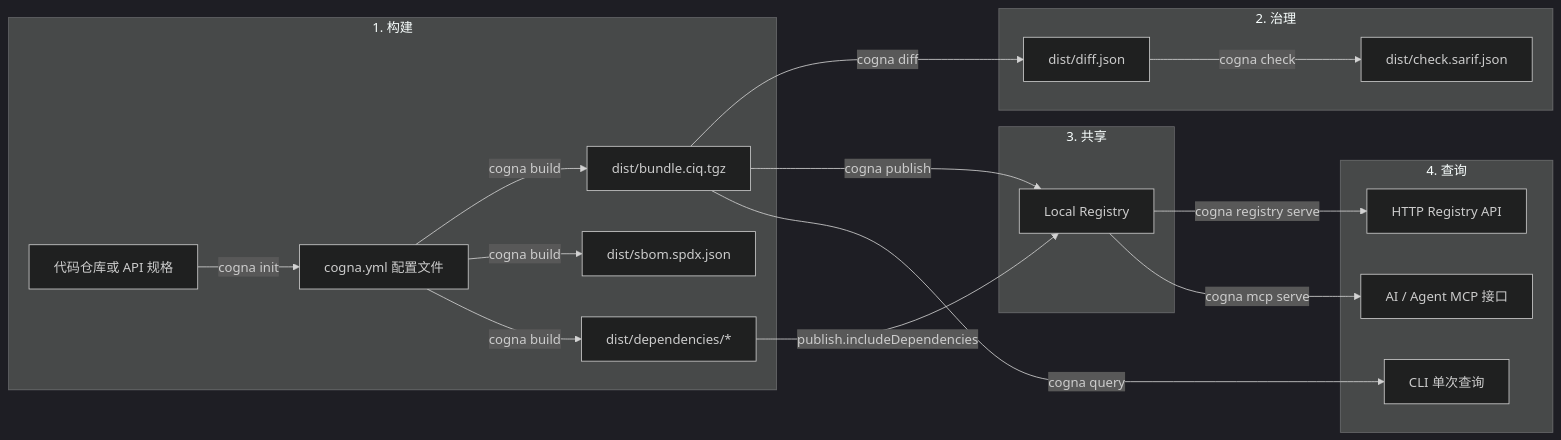
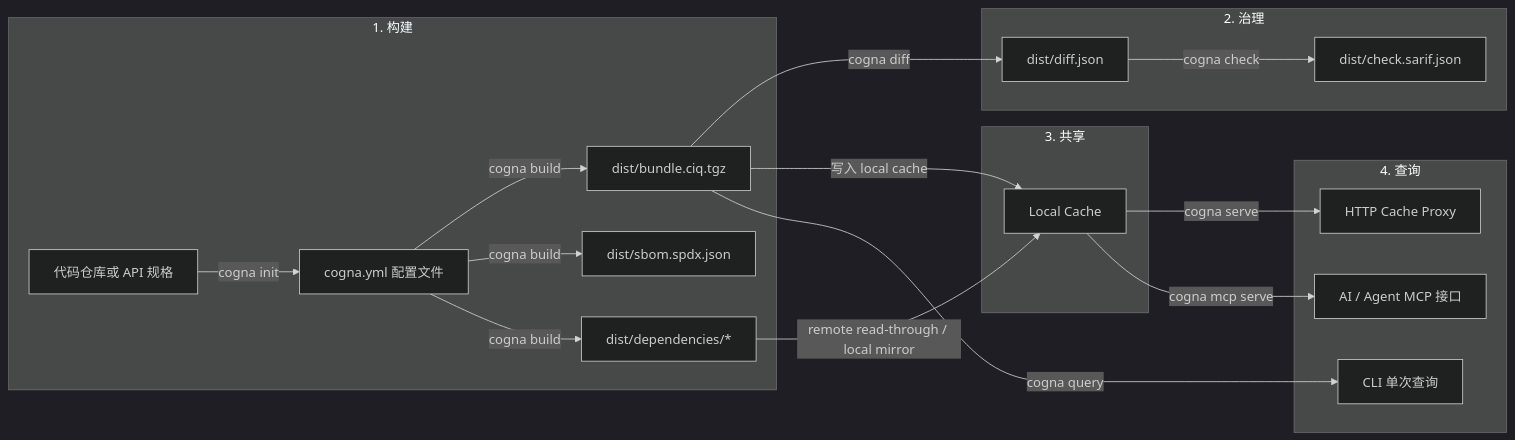
Before and after one commit to cogna-dev/cogna: the diagram in docs/src/content/docs/runtime-model.mdx, drawn with Mermaid (dark theme). The commit also changed other lines of this file and 121 other files, not shown here.

Commit message:
refactor: New architecture

````diff
--- a/docs/src/content/docs/runtime-model.mdx
+++ b/docs/src/content/docs/runtime-model.mdx
@@ -15,25 +15,25 @@
 ```mermaid
 flowchart LR
     subgraph BUILD["1. 构建"]
         A["代码仓库或 API 规格"] -->|"cogna init"| B["cogna.yml 配置文件"]
         B -->|"cogna build"| C["dist/bundle.ciq.tgz"]
         B -->|"cogna build"| C2["dist/sbom.spdx.json"]
         B -->|"cogna build"| C3["dist/dependencies/*"]
     end
 
     subgraph GOVERN["2. 治理"]
         C -->|"cogna diff"| D["dist/diff.json"]
         D -->|"cogna check"| E["dist/check.sarif.json"]
     end
 
     subgraph SHARE["3. 共享"]
-        C -->|"cogna publish"| F["Local Registry"]
-        C3 -->|"publish.includeDependencies"| F
+        C -->|"写入 local cache"| F["Local Cache"]
+        C3 -->|"remote read-through / local mirror"| F
     end
 
     subgraph QUERY["4. 查询"]
-        F -->|"cogna registry serve"| G["HTTP Registry API"]
+        F -->|"cogna serve"| G["HTTP Cache Proxy"]
         C -->|"cogna query"| H["CLI 单次查询"]
         F -->|"cogna mcp serve"| I["AI / Agent MCP 接口"]
     end
 ```
````
